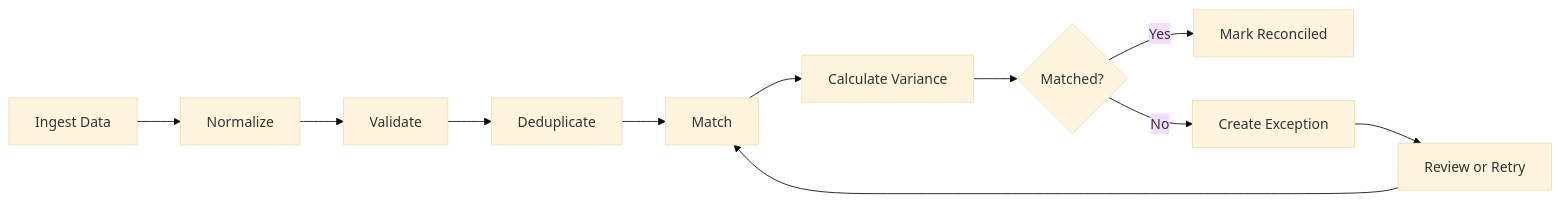
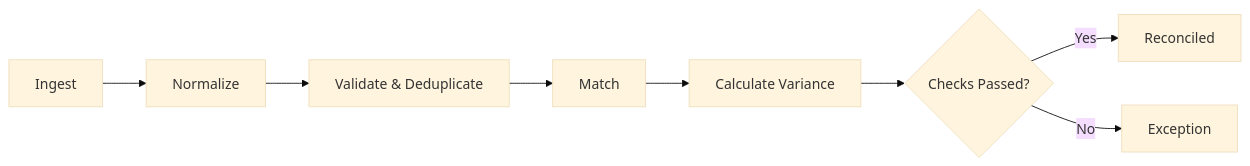
Before and after one commit to AvadhBhalodiya/Interview-Preparation: the second of 8 diagrams in src/content/payments/reconciliation.md, drawn with Mermaid (base theme). The commit also changed other lines of this file and 54 other files, not shown here.

````diff
--- a/src/content/payments/reconciliation.md
+++ b/src/content/payments/reconciliation.md
@@ -20,13 +27,10 @@
 ```mermaid
 flowchart LR
-    I[Ingest Data] --> N[Normalize]
-    N --> V[Validate]
-    V --> D[Deduplicate]
-    D --> M[Match]
+    I[Ingest] --> N[Normalize]
+    N --> V[Validate & Deduplicate]
+    V --> M[Match]
     M --> C[Calculate Variance]
-    C --> X{Matched?}
-    X -->|Yes| R[Mark Reconciled]
-    X -->|No| E[Create Exception]
-    E --> H[Review or Retry]
-    H --> M
+    C --> R{Checks Passed?}
+    R -->|Yes| OK[Reconciled]
+    R -->|No| EX[Exception]
 ```
````
